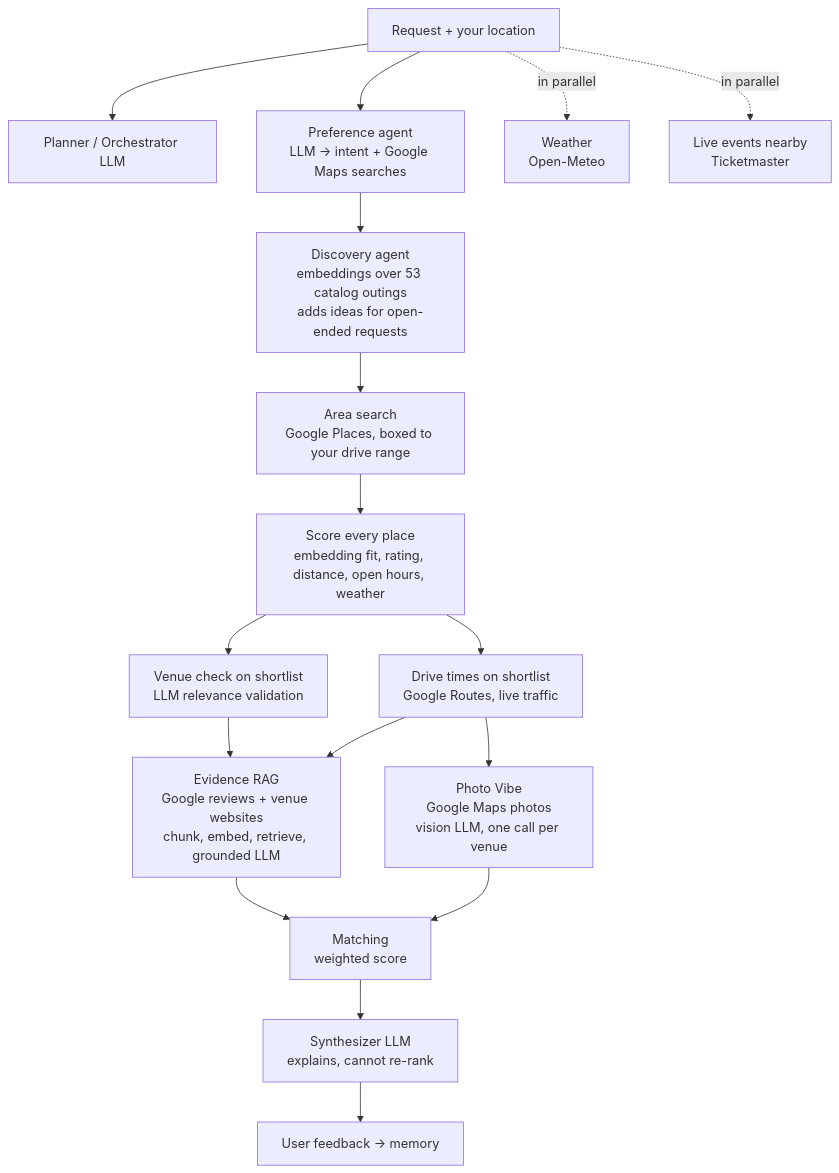
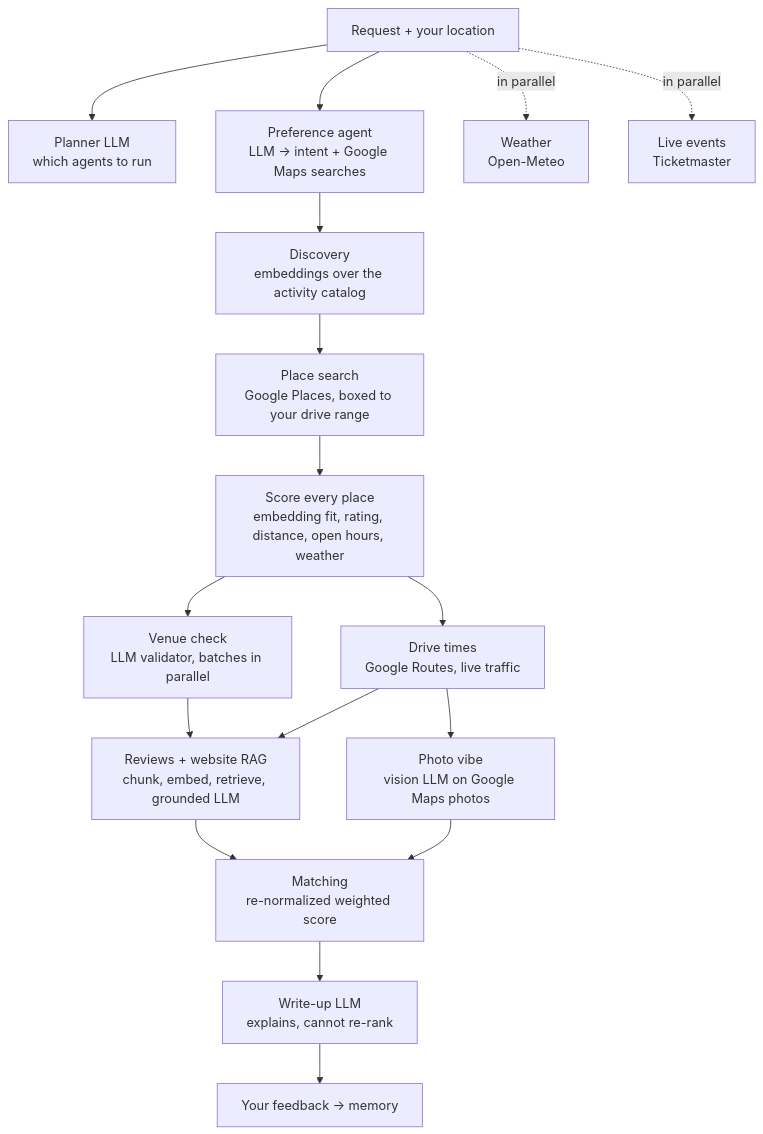
One commit to yashasvarma14/pick-three changed the diagram in README.md. Above: the diagram before and after it, drawn with Mermaid. The commit also changed other lines of this file and 1 other file, not shown here.

Commit message:
Portfolio README; keep the course notebook and Google data snapshot out of the repo

````diff
--- a/README.md
+++ b/README.md
@@ -18,19 +37,19 @@
 ```mermaid
 flowchart TD
-    U[Request + your location] --> P[Planner / Orchestrator LLM]
+    U[Request + your location] --> P[Planner LLM<br/>which agents to run]
     U --> PR[Preference agent<br/>LLM -> intent + Google Maps searches]
-    PR --> D[Discovery agent<br/>embeddings over 53 catalog outings<br/>adds ideas for open-ended requests]
-    D --> A[Area search<br/>Google Places, boxed to your drive range]
+    PR --> D[Discovery<br/>embeddings over the activity catalog]
+    D --> A[Place search<br/>Google Places, boxed to your drive range]
     U -.in parallel.-> W[Weather<br/>Open-Meteo]
-    U -.in parallel.-> EV[Live events nearby<br/>Ticketmaster]
+    U -.in parallel.-> EV[Live events<br/>Ticketmaster]
     A --> SC[Score every place<br/>embedding fit, rating, distance, open hours, weather]
-    SC --> V[Venue check on shortlist<br/>LLM relevance validation]
-    SC --> MO[Drive times on shortlist<br/>Google Routes, live traffic]
-    V --> R[Evidence RAG<br/>Google reviews + venue websites<br/>chunk, embed, retrieve, grounded LLM]
+    SC --> V[Venue check<br/>LLM validator, batches in parallel]
+    SC --> MO[Drive times<br/>Google Routes, live traffic]
+    V --> R[Reviews + website RAG<br/>chunk, embed, retrieve, grounded LLM]
     MO --> R
-    MO --> PV[Photo Vibe<br/>Google Maps photos<br/>vision LLM, one call per venue]
-    R --> MA[Matching<br/>weighted score]
+    MO --> PV[Photo vibe<br/>vision LLM on Google Maps photos]
+    R --> MA[Matching<br/>re-normalized weighted score]
     PV --> MA
-    MA --> S[Synthesizer LLM<br/>explains, cannot re-rank]
-    S --> F[User feedback -> memory]
+    MA --> S[Write-up LLM<br/>explains, cannot re-rank]
+    S --> F[Your feedback -> memory]
 ```
````
